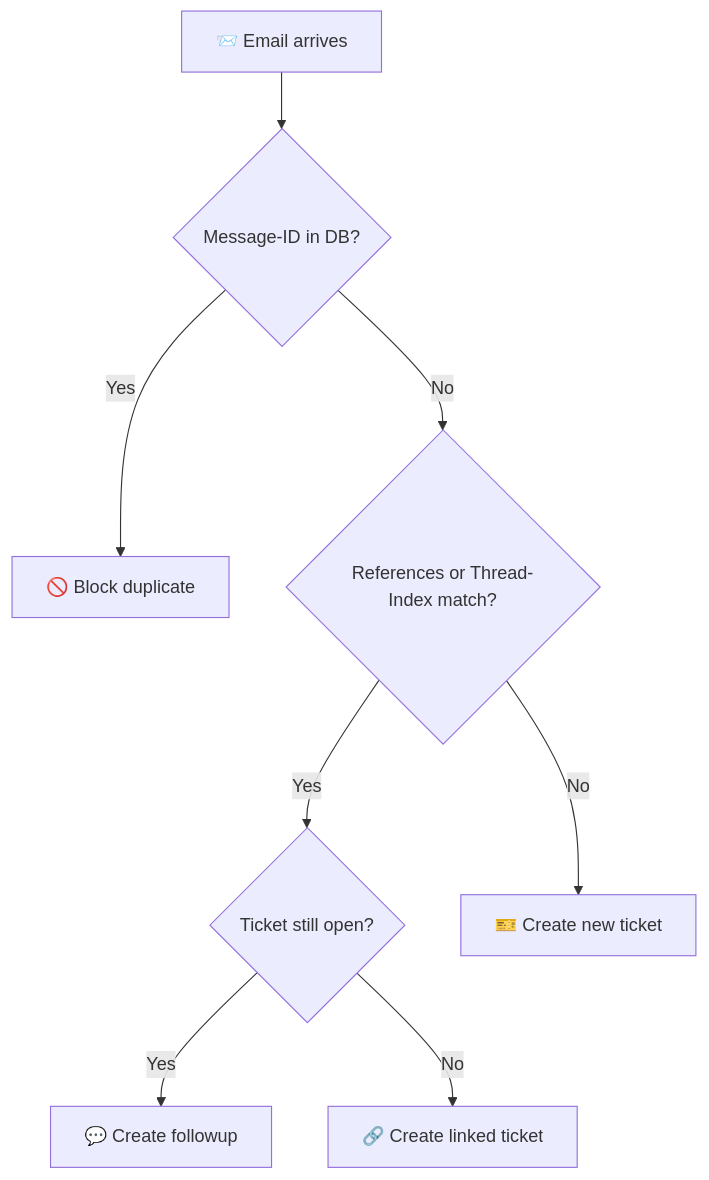
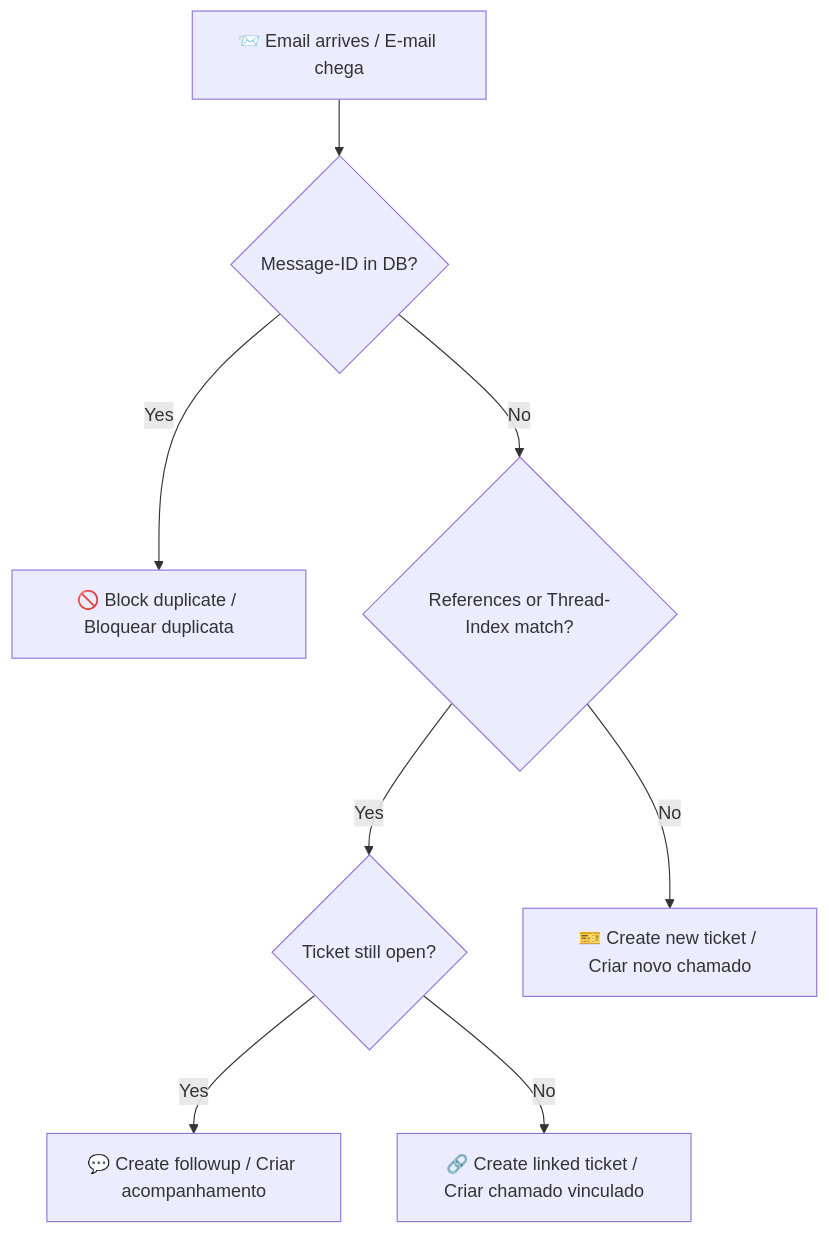
The diagram in README.md (its-1988/mailanalyzer), drawn with Mermaid before and after one commit. The commit also changed other lines of this file and 2 other files, not shown here.

````diff
--- a/README.md
+++ b/README.md
@@ -96,10 +162,10 @@
 ```mermaid
 flowchart TD
-    A[📨 Email arrives] --> B{Message-ID in DB?}
-    B -->|Yes| C[🚫 Block duplicate]
+    A[📨 Email arrives / E-mail chega] --> B{Message-ID in DB?}
+    B -->|Yes| C[🚫 Block duplicate / Bloquear duplicata]
     B -->|No| D{References or Thread-Index match?}
     D -->|Yes| E{Ticket still open?}
-    E -->|Yes| F[💬 Create followup]
-    E -->|No| G[🔗 Create linked ticket]
-    D -->|No| H[🎫 Create new ticket]
+    E -->|Yes| F[💬 Create followup / Criar acompanhamento]
+    E -->|No| G[🔗 Create linked ticket / Criar chamado vinculado]
+    D -->|No| H[🎫 Create new ticket / Criar novo chamado]
 ```
````
